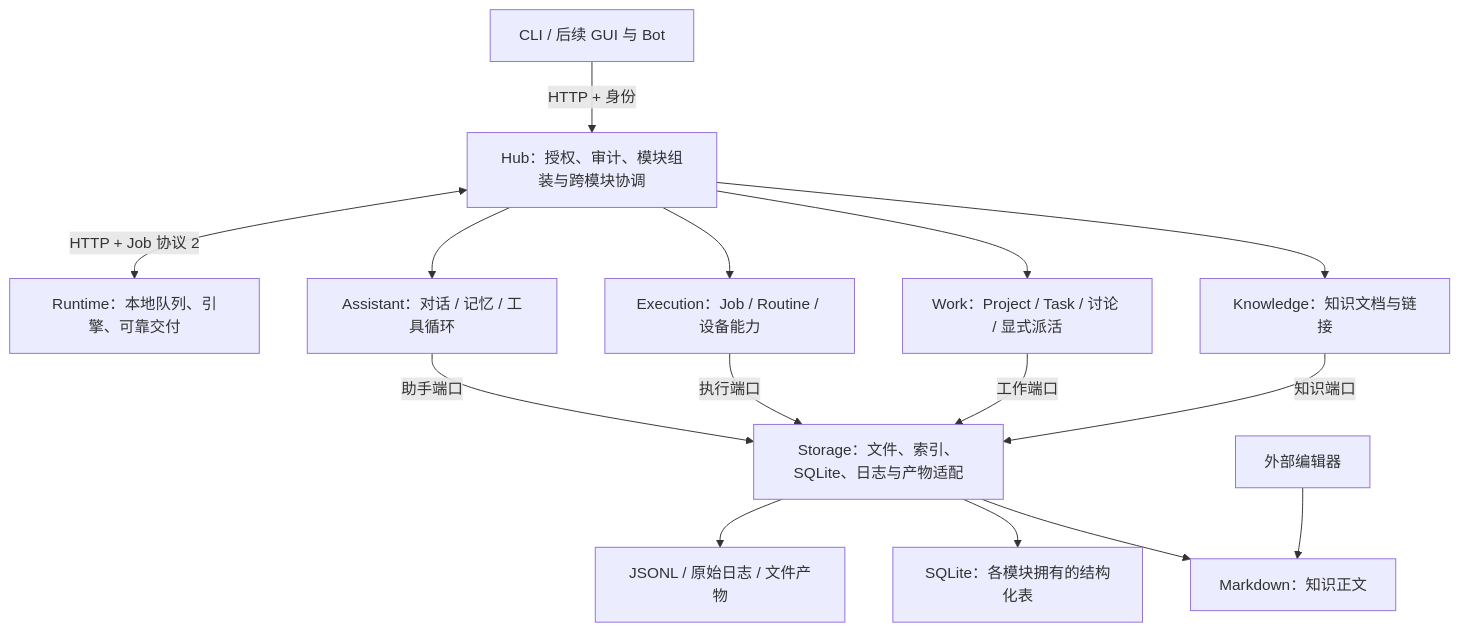
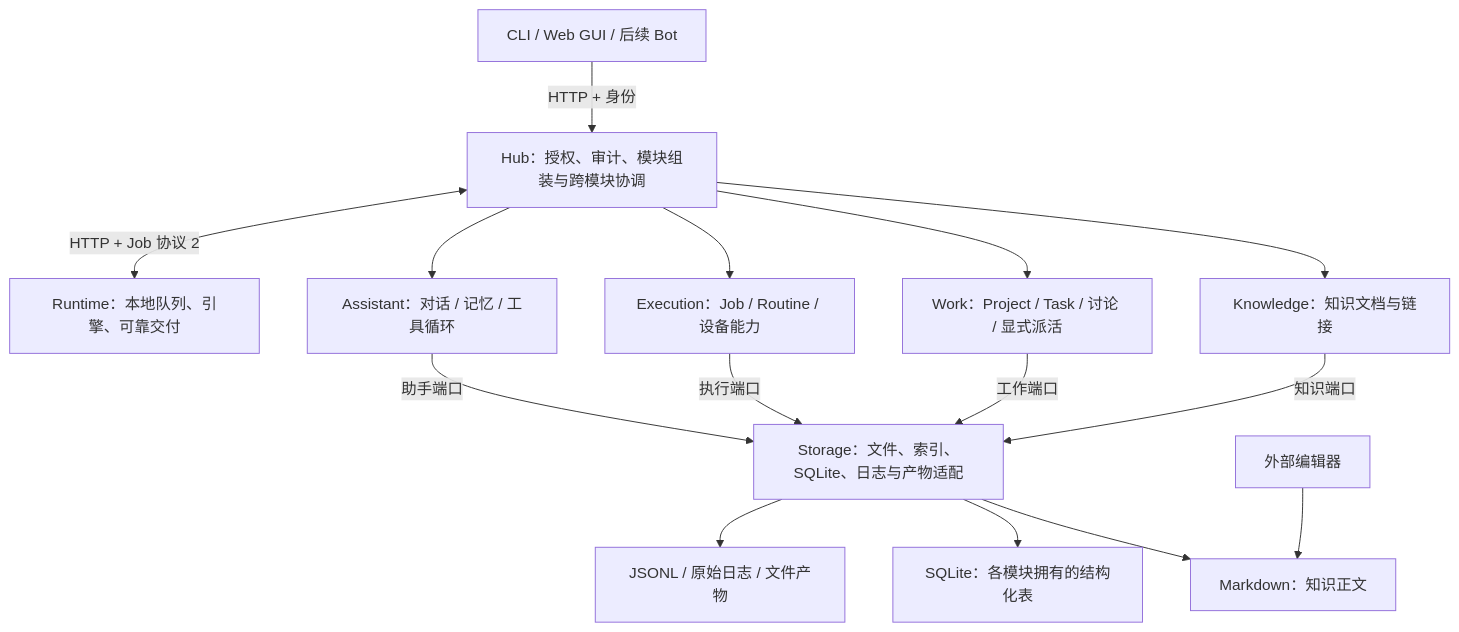
One commit to wicsp/Lumio changed the diagram in docs/DESIGN.md. Above: the diagram before and after it, drawn with Mermaid. The commit also changed other lines of this file and 38 other files, not shown here.

````diff
--- a/docs/DESIGN.md
+++ b/docs/DESIGN.md
@@ -20,17 +20,17 @@
 ```mermaid
 flowchart TD
-  Clients[CLI / 后续 GUI 与 Bot] -->|HTTP + 身份| Hub[Hub：授权、审计、模块组装与跨模块协调]
+  Clients[CLI / Web GUI / 后续 Bot] -->|HTTP + 身份| Hub[Hub：授权、审计、模块组装与跨模块协调]
   Hub --> K[Knowledge：知识文档与链接]
   Hub --> W[Work：Project / Task / 讨论 / 显式派活]
   Hub --> E[Execution：Job / Routine / 设备能力]
   Hub --> A[Assistant：对话 / 记忆 / 工具循环]
   K -->|知识端口| S[Storage：文件、索引、SQLite、日志与产物适配]
   W -->|工作端口| S
   E -->|执行端口| S
   A -->|助手端口| S
   S --> MD[Markdown：知识正文]
   S --> DB[SQLite：各模块拥有的结构化表]
   S --> Files[JSONL / 原始日志 / 文件产物]
   Hub <-->|HTTP + Job 协议 2| Runtime[Runtime：本地队列、引擎、可靠交付]
   Editors[外部编辑器] --> MD
 ```
````
